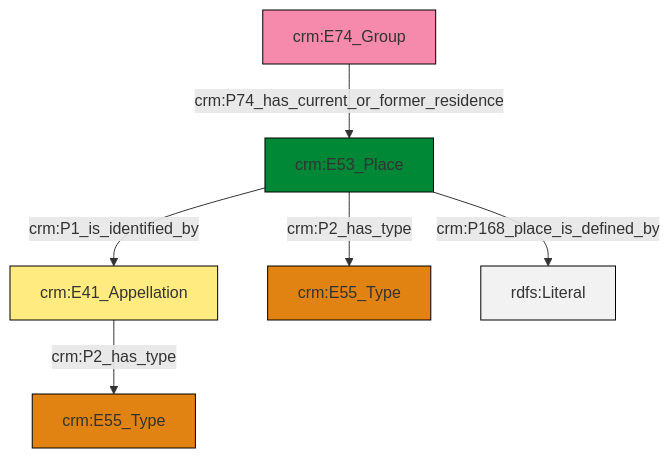
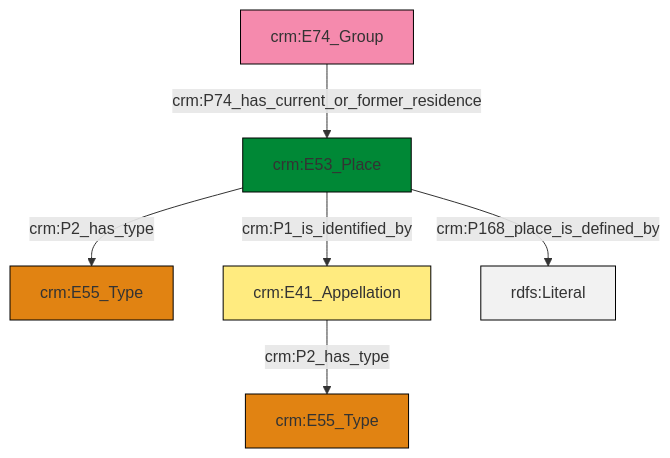
Before and after one commit to swiss-art-research-net/docs.swissartresearch: the diagram in et/groupCSV/ttl/mmd/group_location.ttl.mmd, drawn with Mermaid. The commit also changed 176 other files, not shown here.

```diff
--- a/et/groupCSV/ttl/mmd/group_location.ttl.mmd
+++ b/et/groupCSV/ttl/mmd/group_location.ttl.mmd
@@ -1,20 +1,20 @@
 graph TD
 classDef Literal fill:#f2f2f2,stroke:#000000;
 classDef CRM_Entity fill:#FFFFFF,stroke:#000000;
 classDef Temporal_Entity fill:#00C9E6, stroke:#000000;
 classDef Type fill:#E18312, stroke:#000000;
 classDef Time-Span fill:#2C9C91, stroke:#000000;
 classDef Appellation fill:#FFEB7F, stroke:#000000;
 classDef Place fill:#008836, stroke:#000000;
 classDef Persistent_Item fill:#B266B2, stroke:#000000;
 classDef Conceptual_Object fill:#FFD700, stroke:#000000;
 classDef Physical_Thing fill:#D2B48C, stroke:#000000;
 classDef Actor fill:#f58aad, stroke:#000000;
 classDef PC_Classes fill:#4ce600, stroke:#000000;
 classDef Multi fill:#cccccc,stroke:#000000;
 
-2["crm:E41_Appellation"]:::Appellation -->|crm:P2_has_type| 0["crm:E55_Type"]:::Type
-9["crm:E53_Place"]:::Place -->|crm:P1_is_identified_by| 2["crm:E41_Appellation"]:::Appellation
-9["crm:E53_Place"]:::Place -->|crm:P168_place_is_defined_by| 10[rdfs:Literal]:::Literal
-9["crm:E53_Place"]:::Place -->|crm:P2_has_type| 6["crm:E55_Type"]:::Type
-4["crm:E74_Group"]:::Actor -->|crm:P74_has_current_or_former_residence| 9["crm:E53_Place"]:::Place
+0["crm:E53_Place"]:::Place -->|crm:P2_has_type| 1["crm:E55_Type"]:::Type
+2["crm:E41_Appellation"]:::Appellation -->|crm:P2_has_type| 3["crm:E55_Type"]:::Type
+0["crm:E53_Place"]:::Place -->|crm:P168_place_is_defined_by| 8[rdfs:Literal]:::Literal
+0["crm:E53_Place"]:::Place -->|crm:P1_is_identified_by| 2["crm:E41_Appellation"]:::Appellation
+6["crm:E74_Group"]:::Actor -->|crm:P74_has_current_or_former_residence| 0["crm:E53_Place"]:::Place
```
